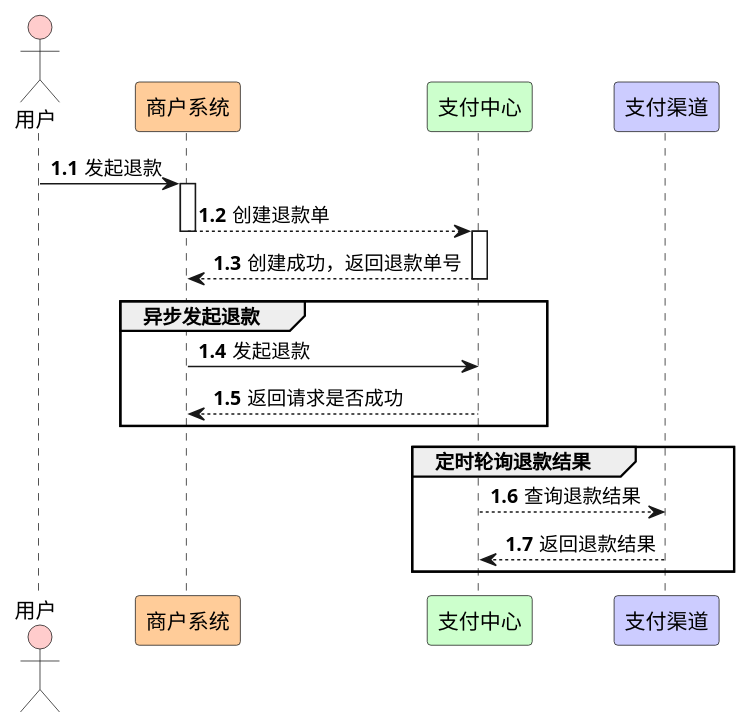
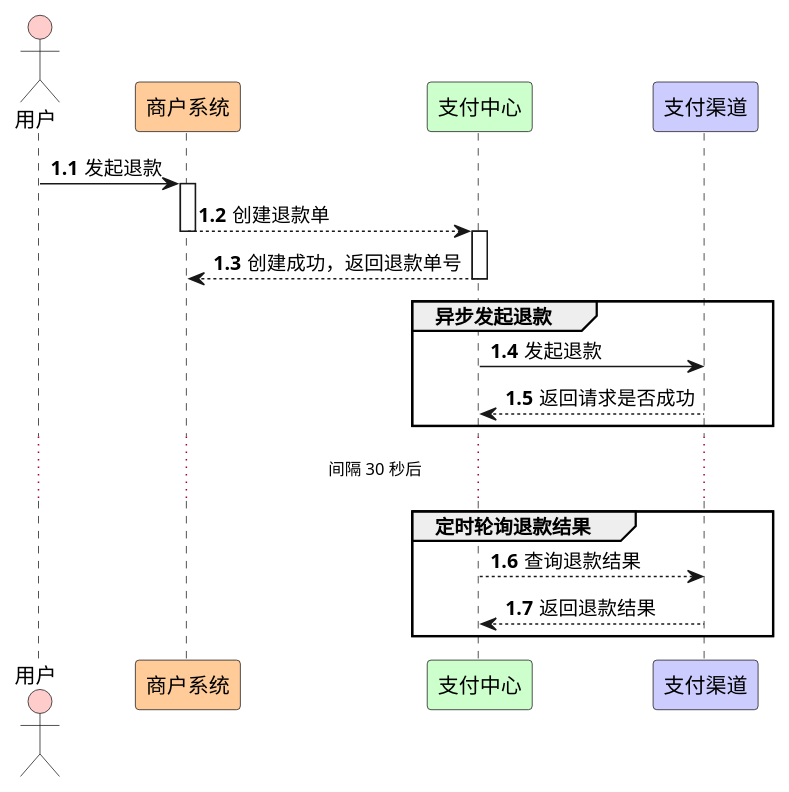
One commit to red-jasmine/payment changed the diagram in docs/退款流程.puml. Above: the diagram before and after it, drawn with PlantUML. The commit also changed 2 other files, not shown here.

Commit message:
feat(payment): 添加支付通知记录表并优化退款流程图
- 新增 payment_notifies 表用于记录支付通知信息
- 在 payment_transfers 表中添加批次号和批次名称字段
- 更新退款流程图，明确异步发起退款和定时轮询退款结果的步骤

```diff
--- a/docs/退款流程.puml
+++ b/docs/退款流程.puml
@@ -1,37 +1,37 @@
 @startuml
 'https://plantuml.com/sequence-diagram
 
 actor 用户 #FFCCCC
 participant 商户系统 #FFCC99
 participant 支付中心 #CCFFCC
 participant 支付渠道 #CCCCFF
 
 
 autonumber 1.1
 
 用户 -> 商户系统: 发起退款
 
 activate 商户系统
 商户系统 --> 支付中心: 创建退款单
 deactivate 商户系统
 activate 支付中心
 支付中心 --> 商户系统: 创建成功，返回退款单号
 deactivate 支付中心
 
 
 group 异步发起退款
 
-商户系统 -> 支付中心: 发起退款
+支付中心 -> 支付渠道: 发起退款
 
-支付中心 --> 商户系统: 返回请求是否成功
+支付渠道 --> 支付中心: 返回请求是否成功
 
 end
-
+... 间隔 30 秒后...
 group 定时轮询退款结果
 支付中心 --> 支付渠道: 查询退款结果
 支付渠道 --> 支付中心: 返回退款结果
 end
 
 
 
 @enduml
```
